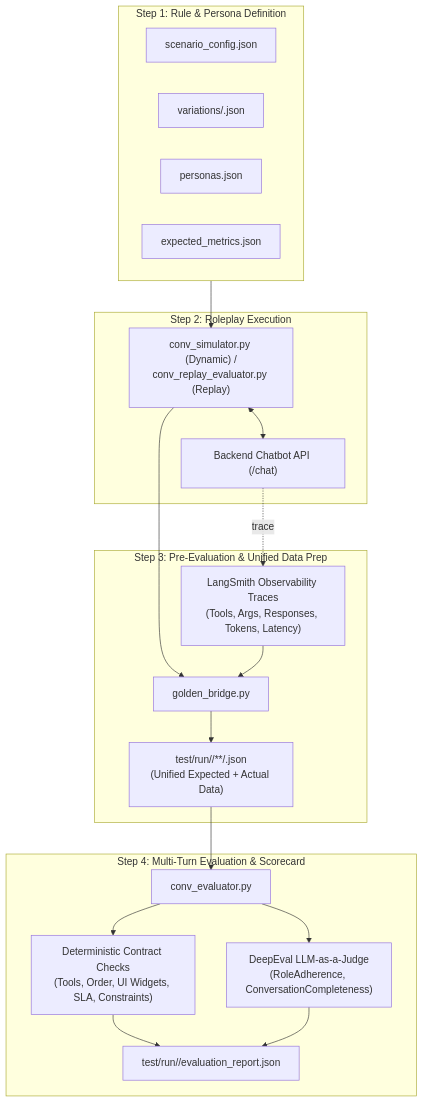
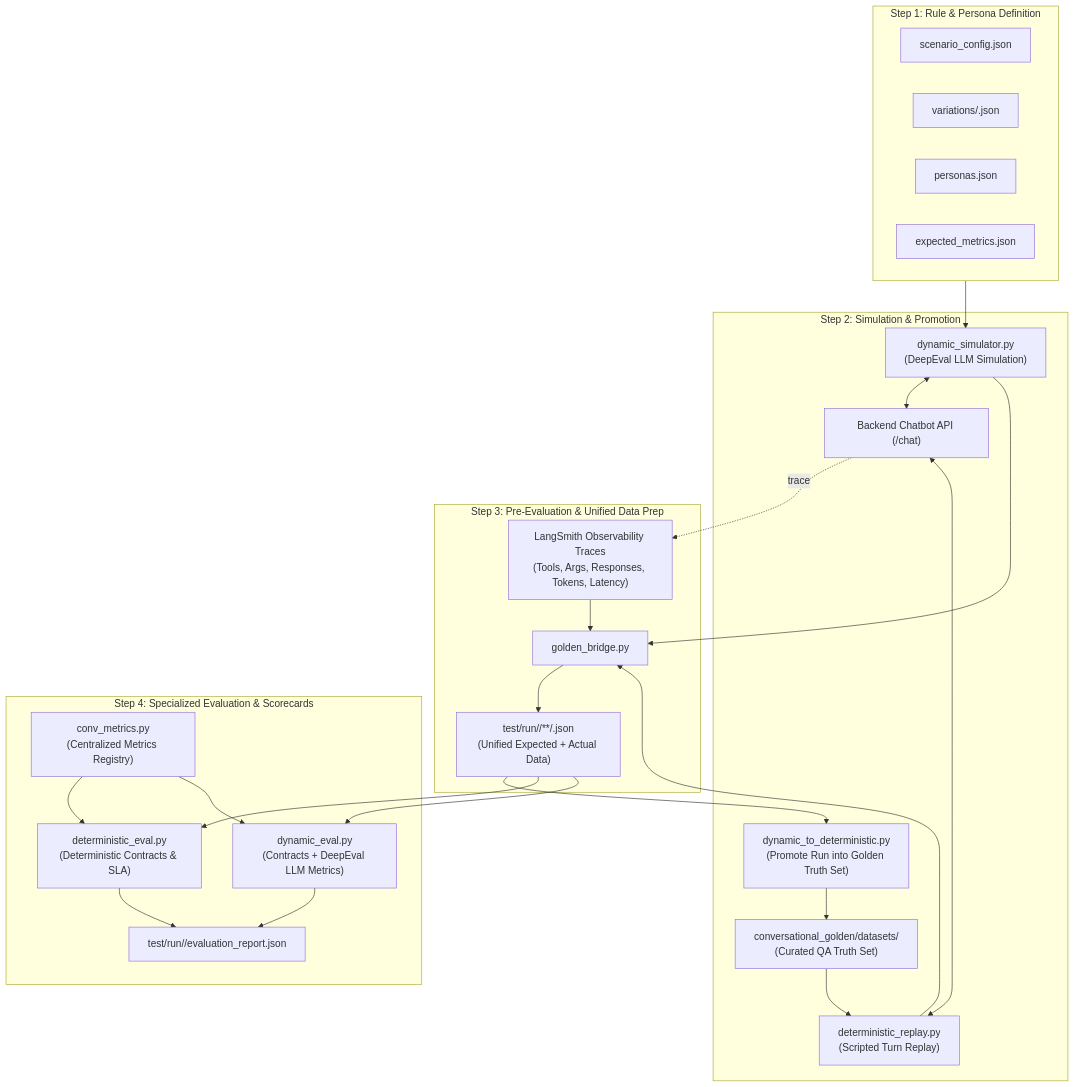
The diagram in test/conversational_golden/README.md (soumya-ranjan-000/RAG-Chatbot-Project), drawn with Mermaid before and after one commit. The commit also changed other lines of this file and 20 other files, not shown here.

````diff
--- a/test/conversational_golden/README.md
+++ b/test/conversational_golden/README.md
@@ -11,38 +11,47 @@
 ```mermaid
 flowchart TD
     subgraph Step1["Step 1: Rule & Persona Definition"]
         R1["scenario_config.json"]
         R2["variations/<persona>.json"]
         R3["personas.json"]
         R4["expected_metrics.json"]
     end
 
-    subgraph Step2["Step 2: Roleplay Execution"]
-        SIM["conv_simulator.py (Dynamic) /<br/>conv_replay_evaluator.py (Replay)"]
+    subgraph Step2["Step 2: Simulation & Promotion"]
+        DYN_SIM["dynamic_simulator.py<br/>(DeepEval LLM Simulation)"]
+        PROMOTE["dynamic_to_deterministic.py<br/>(Promote Run into Golden Truth Set)"]
+        DATASETS["conversational_golden/datasets/<br/>(Curated QA Truth Set)"]
+        REPLAY["deterministic_replay.py<br/>(Scripted Turn Replay)"]
         API["Backend Chatbot API (/chat)"]
     end
 
     subgraph Step3["Step 3: Pre-Evaluation & Unified Data Prep"]
         LS["LangSmith Observability Traces<br/>(Tools, Args, Responses, Tokens, Latency)"]
         BRIDGE["golden_bridge.py"]
         RUN["test/run/<date_time>/**/<variation_id>.json<br/>(Unified Expected + Actual Data)"]
     end
 
-    subgraph Step4["Step 4: Multi-Turn Evaluation & Scorecard"]
-        EVAL["conv_evaluator.py"]
-        DET["Deterministic Contract Checks<br/>(Tools, Order, UI Widgets, SLA, Constraints)"]
-        LLM["DeepEval LLM-as-a-Judge<br/>(RoleAdherence, ConversationCompleteness)"]
+    subgraph Step4["Step 4: Specialized Evaluation & Scorecards"]
+        METRICS["conv_metrics.py<br/>(Centralized Metrics Registry)"]
+        DET_EVAL["deterministic_eval.py<br/>(Deterministic Contracts & SLA)"]
+        DYN_EVAL["dynamic_eval.py<br/>(Contracts + DeepEval LLM Metrics)"]
         REPORT["test/run/<date_time>/evaluation_report.json"]
     end
 
-    Step1 --> SIM
-    SIM <--> API
+    Step1 --> DYN_SIM
+    DYN_SIM <--> API
     API -. trace .-> LS
-    SIM --> BRIDGE
+    DYN_SIM --> BRIDGE
     LS --> BRIDGE
     BRIDGE --> RUN
-    RUN --> EVAL
-    EVAL --> DET
-    EVAL --> LLM
-    DET & LLM --> REPORT
+    RUN --> PROMOTE
+    PROMOTE --> DATASETS
+    DATASETS --> REPLAY
+    REPLAY <--> API
+    REPLAY --> BRIDGE
+    RUN --> DET_EVAL
+    RUN --> DYN_EVAL
+    METRICS --> DET_EVAL
+    METRICS --> DYN_EVAL
+    DET_EVAL & DYN_EVAL --> REPORT
 ```
````
